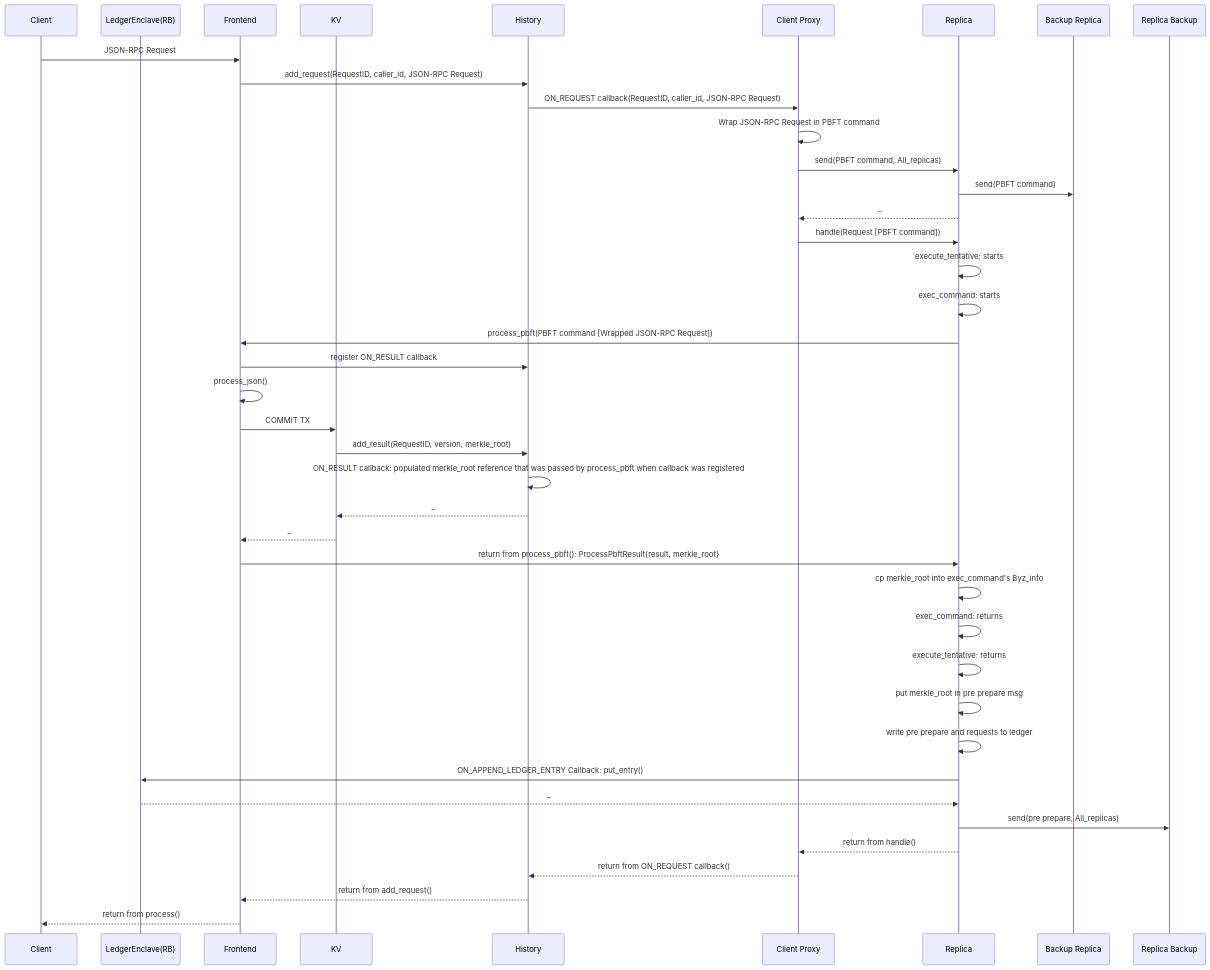
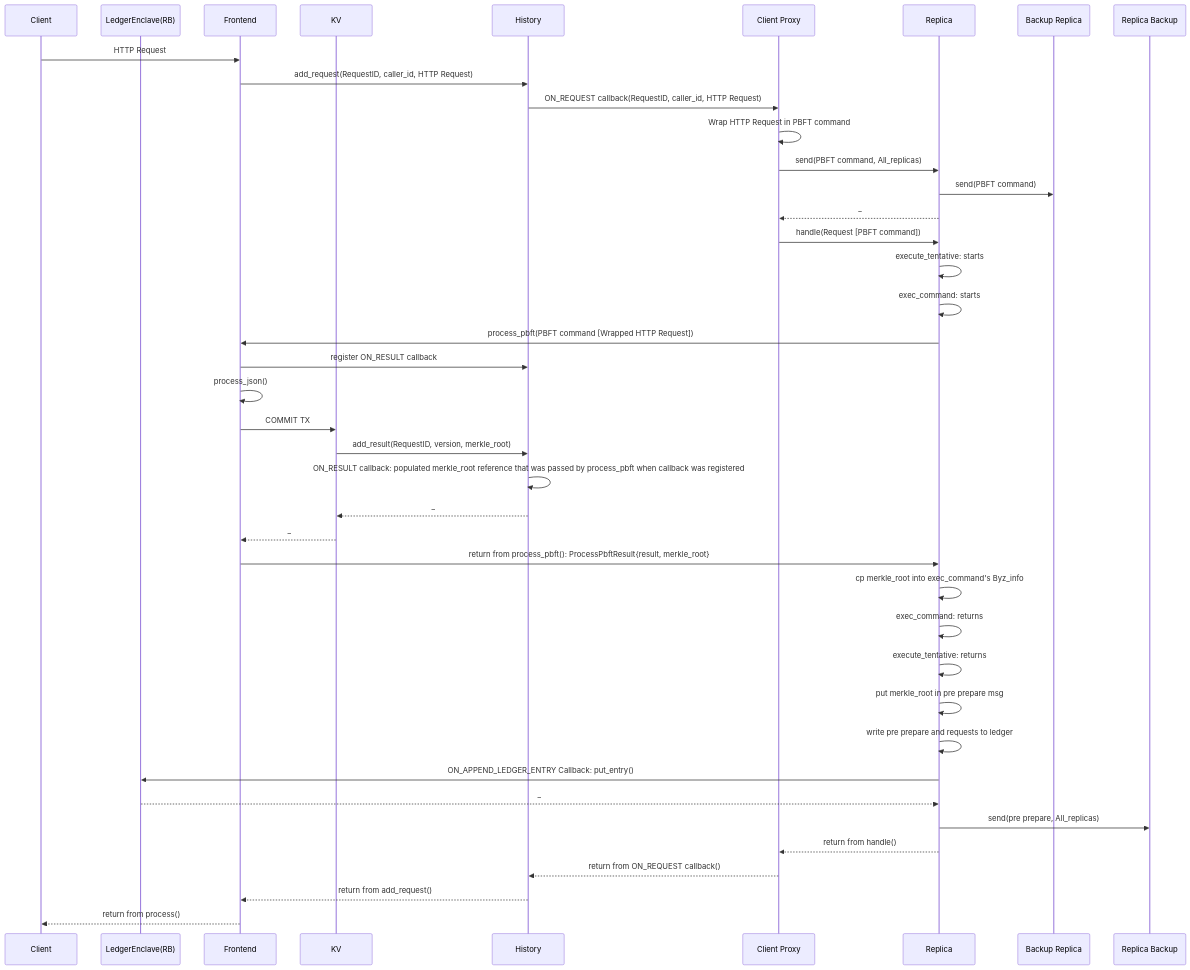
The second of 7 diagrams in sphinx/source/design/integration_progress.rst (microsoft/CCF), drawn with Mermaid before and after one commit. The commit also changed 4 other files, not shown here.

Commit message:
Remove incorrect JSON-RPC claims from docs

```diff
--- a/sphinx/source/design/integration_progress.rst
+++ b/sphinx/source/design/integration_progress.rst
@@ -38,59 +38,58 @@
 .. mermaid::
 
     sequenceDiagram
         participant Client
         participant LedgerEnclave(RB)
         participant Frontend
         participant KV
         participant History
         participant Client Proxy
         participant Replica
         participant Backup Replica
 
-        Client->>Frontend: JSON-RPC Request
-        Frontend->>History: add_request(RequestID, caller_id, JSON-RPC Request)
+        Client->>Frontend: HTTP Request
+        Frontend->>History: add_request(RequestID, caller_id, HTTP Request)
 
+        History->>Client Proxy: ON_REQUEST callback(RequestID, caller_id, HTTP Request)
 
-        History->>Client Proxy: ON_REQUEST callback(RequestID, caller_id, JSON-RPC Request)
-
-        Client Proxy->>Client Proxy: Wrap JSON-RPC Request in PBFT command
+        Client Proxy->>Client Proxy: Wrap HTTP Request in PBFT command
 
         Client Proxy->>Replica: send(PBFT command, All_replicas)
         Replica->>Backup Replica: send(PBFT command)
         Replica-->>Client Proxy:_
 
 
         Client Proxy->>Replica: handle(Request [PBFT command])
         Replica->>Replica: execute_tentative: starts
         Replica->>Replica: exec_command: starts
 
-        Replica->>Frontend: process_pbft(PBFT command [Wrapped JSON-RPC Request])
+        Replica->>Frontend: process_pbft(PBFT command [Wrapped HTTP Request])
 
         Frontend->>History: register ON_RESULT callback
 
         Frontend->>Frontend: process_json()
 
         Frontend->>KV: COMMIT TX
         KV->>History: add_result(RequestID, version, merkle_root)
 
         History->>History: ON_RESULT callback: populated merkle_root reference that was passed by process_pbft when callback was registered
 
         History-->>KV:_
         KV-->>Frontend:_
 
         Frontend->>Replica: return from process_pbft(): ProcessPbftResult{result, merkle_root}
         Replica->>Replica: cp merkle_root into exec_command's Byz_info
         Replica->>Replica: exec_command: returns
         Replica->>Replica: execute_tentative: returns
 
         Replica->>Replica: put merkle_root in pre prepare msg
         Replica->>Replica: write pre prepare and requests to ledger
         Replica->>LedgerEnclave(RB): ON_APPEND_LEDGER_ENTRY Callback: put_entry()
         LedgerEnclave(RB)-->>Replica:_
 
         Replica->>Replica Backup: send(pre prepare, All_replicas)
 
         Replica-->>Client Proxy: return from handle()
         Client Proxy-->>History: return from ON_REQUEST callback()
         History-->>Frontend: return from add_request()
         Frontend-->>Client: return from process()
```
